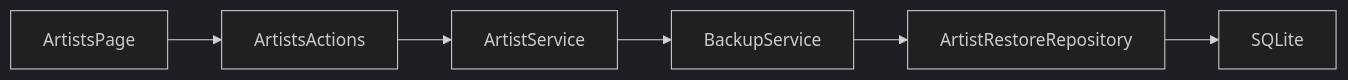
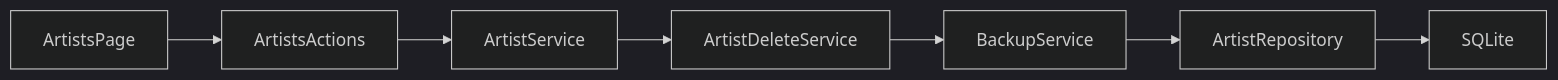
One commit to PKT0623/PixivLocalManager changed the eighth of 23 diagrams in docs/07_ARCHITECTURE.md. Above: the diagram before and after it, drawn with Mermaid (dark theme). The commit also changed other lines of this file and 10 other files, not shown here.

````diff
--- a/docs/07_ARCHITECTURE.md
+++ b/docs/07_ARCHITECTURE.md
@@ -408,10 +486,11 @@
 ```mermaid
 flowchart LR
 
 ArtistsPage
 --> ArtistsActions
 --> ArtistService
+--> ArtistDeleteService
 --> BackupService
---> ArtistRestoreRepository
+--> ArtistRepository
 --> SQLite
 ```
````
